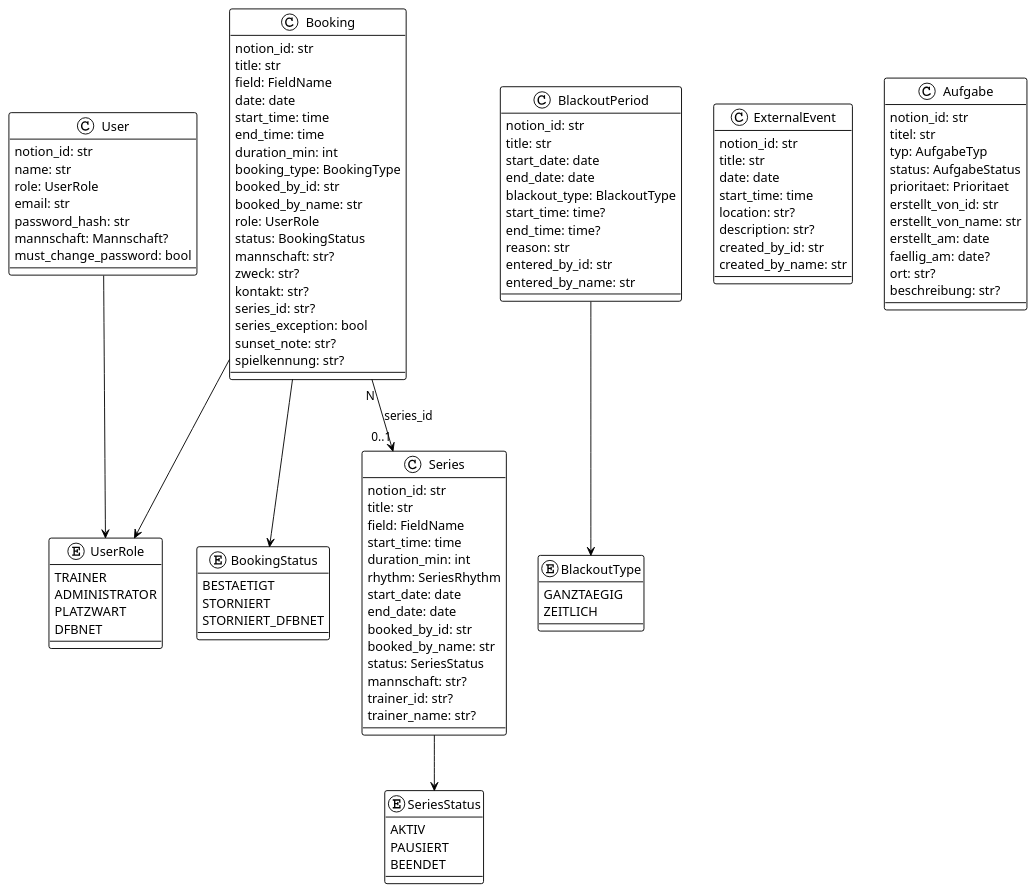
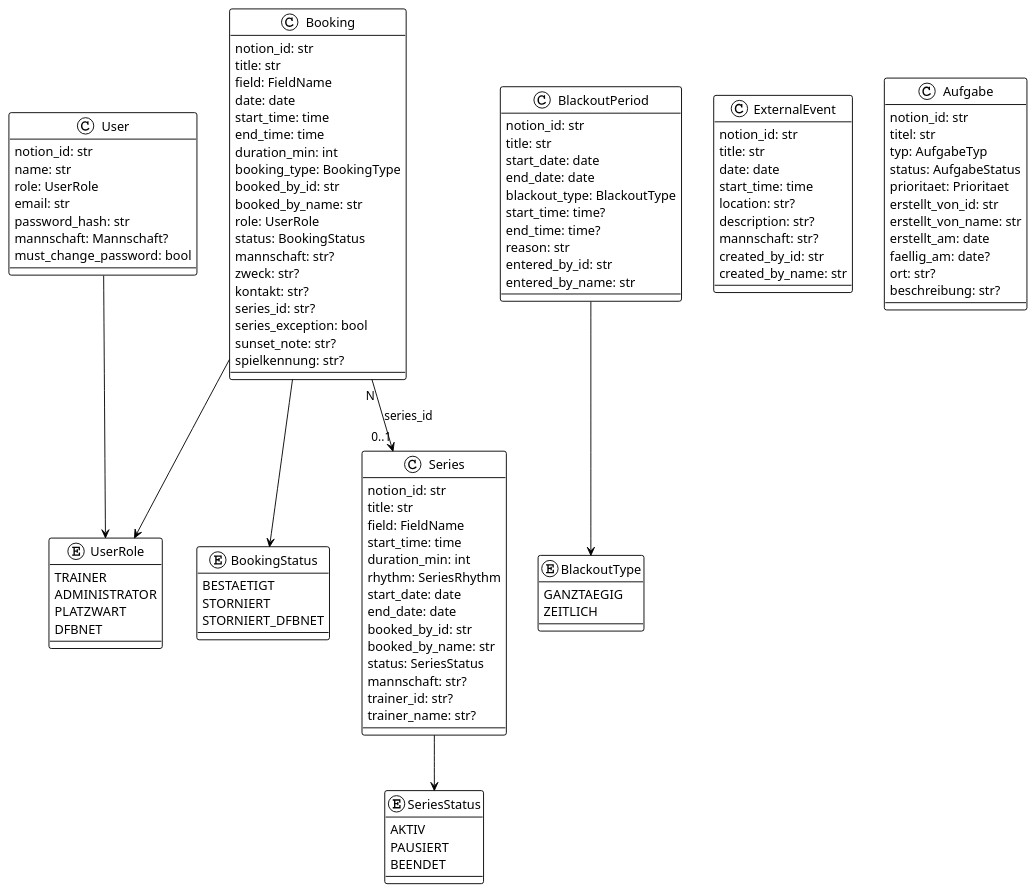
One commit to MerowingerX/Sportplatz-Buchung changed the second of 12 diagrams in docs/ARCHITEKTUR.md. Above: the diagram before and after it, drawn with PlantUML. The commit also changed other lines of this file and 4 other files, not shown here.

```diff
--- a/docs/ARCHITEKTUR.md
+++ b/docs/ARCHITEKTUR.md
@@ -151,6 +152,7 @@
   start_time: time
   location: str?
   description: str?
+  mannschaft: str?
   created_by_id: str
   created_by_name: str
 }
```
